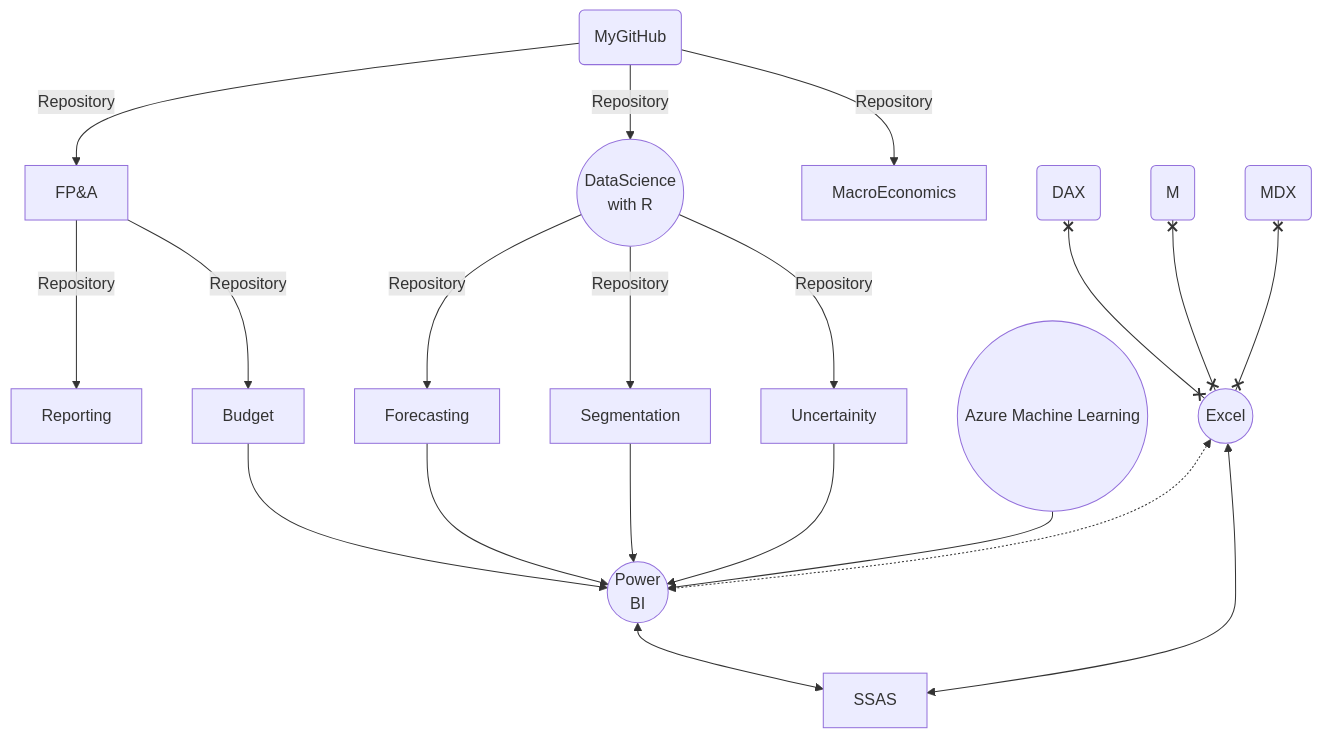
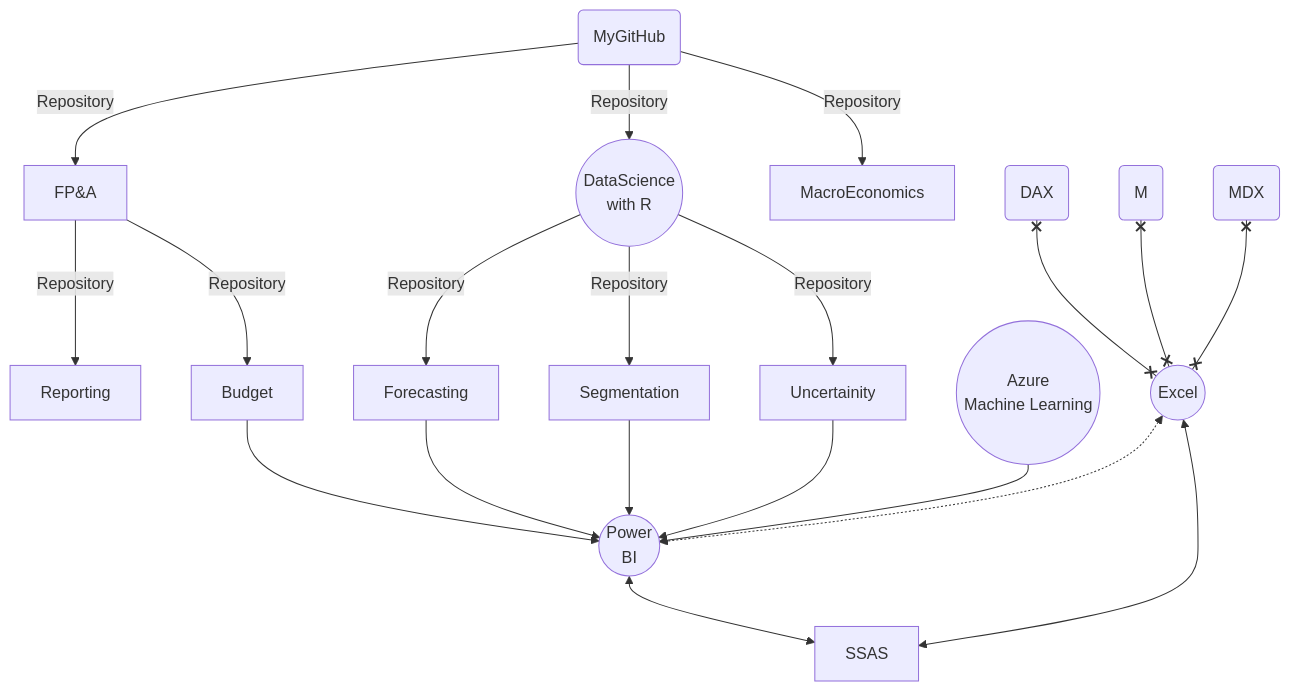
The diagram in README.md (md3629/md3629), drawn with Mermaid before and after one commit.

````diff
--- a/README.md
+++ b/README.md
@@ -4,24 +4,24 @@
 ```mermaid
 graph TD;
     my(MyGitHub)-->|Repository|FP&A;
     FP&A-->|Repository|Reporting;
     FP&A-->|Repository|Budget;
     
     my(MyGitHub)-->|Repository|a((DataScience<br> with R));
     
     my(MyGitHub)-->|Repository|MacroEconomics;
     a((DataScience<br> with R))--Repository-->Forecasting;
     a((DataScience<br> with R))--Repository-->Segmentation;
     a((DataScience<br> with R))--Repository-->Uncertainity;
     Uncertainity-->P((Power<br>BI));
     Forecasting-->P((Power<br>BI));
     Segmentation-->P((Power<br>BI));
     Budget-->P((Power<br>BI));
-    AML((Azure Machine Learning))-->P((Power<br>BI));
+    AML((Azure<br>Machine Learning))-->P((Power<br>BI));
     D(DAX)x--xE((Excel));
     M(M)x--xE((Excel));
     E((Excel))<-.->P((Power<br>BI));
     A(MDX)x--xE((Excel));
     E((Excel))<-->SSAS;
     P((Power<br>BI))<-->SSAS;
 ```
````
